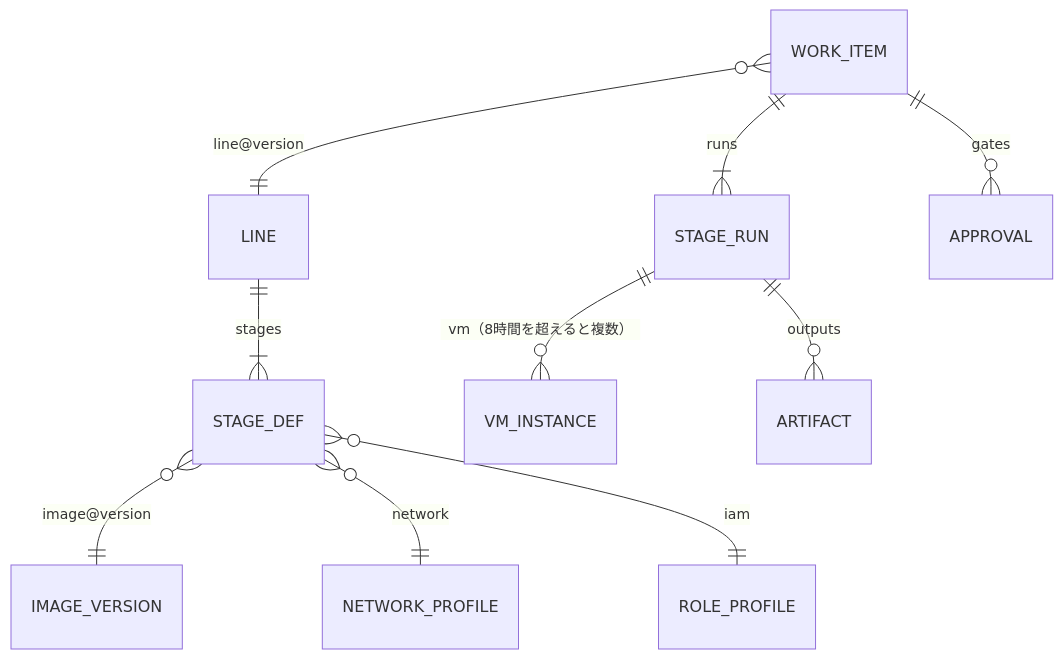
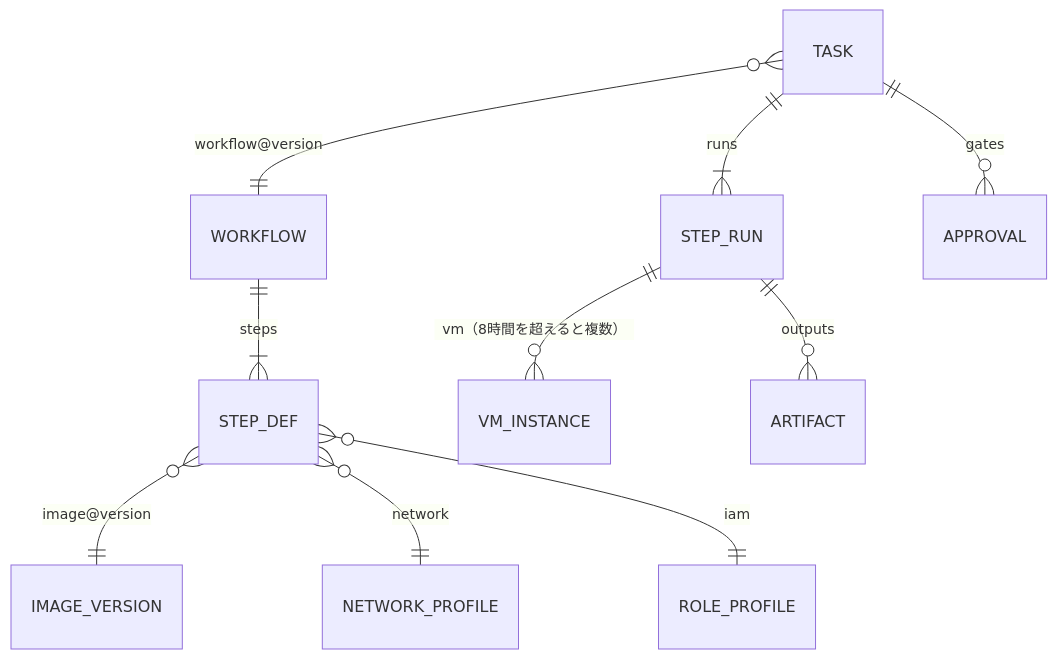
One commit to daisuke-awaji/software-factory changed the first of 4 diagrams in docs/03_architecture.md. Above: the diagram before and after it, drawn with Mermaid. The commit also changed other lines of this file and 19 other files, not shown here.

````diff
--- a/docs/03_architecture.md
+++ b/docs/03_architecture.md
@@ -69,12 +69,12 @@
 ```mermaid
 erDiagram
-  LINE ||--|{ STAGE_DEF : "stages"
-  STAGE_DEF }o--|| IMAGE_VERSION : "image@version"
-  STAGE_DEF }o--|| NETWORK_PROFILE : "network"
-  STAGE_DEF }o--|| ROLE_PROFILE : "iam"
-  WORK_ITEM }o--|| LINE : "line@version"
-  WORK_ITEM ||--|{ STAGE_RUN : "runs"
-  STAGE_RUN ||--o{ VM_INSTANCE : "vm（8時間を超えると複数）"
-  STAGE_RUN ||--o{ ARTIFACT : "outputs"
-  WORK_ITEM ||--o{ APPROVAL : "gates"
+  WORKFLOW ||--|{ STEP_DEF : "steps"
+  STEP_DEF }o--|| IMAGE_VERSION : "image@version"
+  STEP_DEF }o--|| NETWORK_PROFILE : "network"
+  STEP_DEF }o--|| ROLE_PROFILE : "iam"
+  TASK }o--|| WORKFLOW : "workflow@version"
+  TASK ||--|{ STEP_RUN : "runs"
+  STEP_RUN ||--o{ VM_INSTANCE : "vm（8時間を超えると複数）"
+  STEP_RUN ||--o{ ARTIFACT : "outputs"
+  TASK ||--o{ APPROVAL : "gates"
 ```
````
